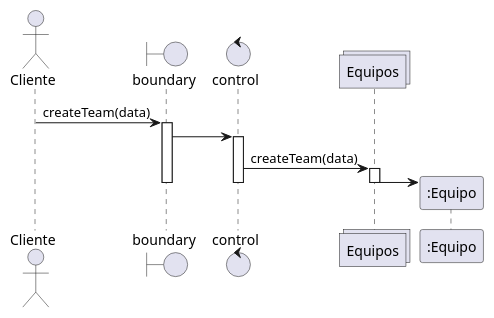
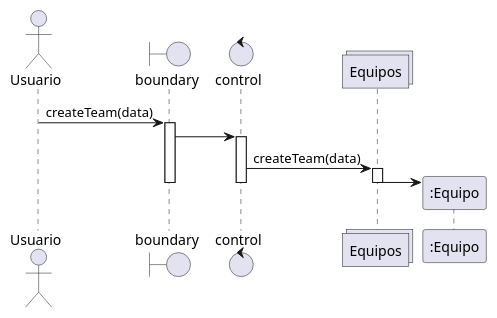
The diagram in casos de uso Cliente/crearEquipo.wsd (Cramer-0xbit/route66-plantuml), drawn with PlantUML before and after one commit. The commit also changed 16 other files, not shown here.

```diff
--- a/casos de uso Cliente/crearEquipo.wsd
+++ b/casos de uso Cliente/crearEquipo.wsd
@@ -1,18 +1,18 @@
 @startuml Crear Equipo
-actor "Cliente" as Client
+actor "Usuario" as Client
 boundary boundary
 control control
 collections Equipos as teams 
 participant ":Equipo" as team
 Client->boundary :createTeam(data)
 activate boundary
 boundary -> control 
 activate control
 control -> teams:createTeam(data)
 activate teams
 create team
 teams -> team
 deactivate teams
 deactivate control
 deactivate boundary
 @enduml
```
